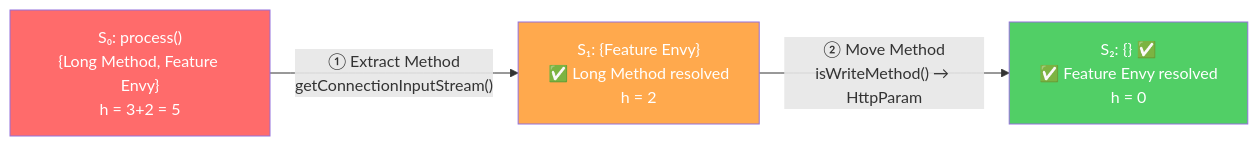
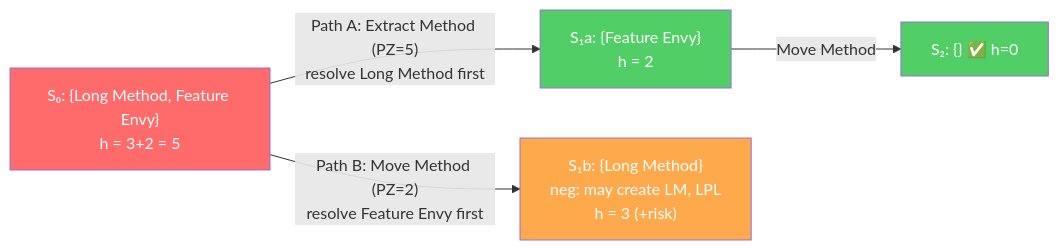
One commit to hpietukhin/smellai changed the fourth of 9 diagrams in slides_planning.md. Above: the diagram before and after it, drawn with Mermaid. The commit also changed other lines of this file, not shown here.

````diff
--- a/slides_planning.md
+++ b/slides_planning.md
@@ -384,10 +394,12 @@
 ```mermaid
 graph LR
-  S0["S₀: process()<br/>{Long Method, Feature Envy}<br/>h = 3+2 = 5"] -->|"① Extract Method<br/>getConnectionInputStream()"| S1["S₁: {Feature Envy}<br/>✅ Long Method resolved<br/>h = 2"]
+  S0["S₀: {Long Method, Feature Envy}<br/>h = 3+2 = 5"] -->|"Path A: Extract Method (PZ=5)<br/>resolve Long Method first"| S1a["S₁a: {Feature Envy}<br/>h = 2"]
+  S0 -->|"Path B: Move Method (PZ=2)<br/>resolve Feature Envy first"| S1b["S₁b: {Long Method}<br/>neg: may create LM, LPL<br/>h = 3 (+risk)"]
 
-  S1 -->|"② Move Method<br/>isWriteMethod() → HttpParam"| S2["S₂: {} ✅<br/>✅ Feature Envy resolved<br/>h = 0"]
+  S1a -->|"Move Method"| S2["S₂: {} ✅ h=0"]
 
   style S0 fill:#ff6b6b,color:#fff
-  style S1 fill:#ffa94d,color:#fff
+  style S1a fill:#51cf66,color:#fff
+  style S1b fill:#ffa94d,color:#fff
   style S2 fill:#51cf66,color:#fff
 ```
````
